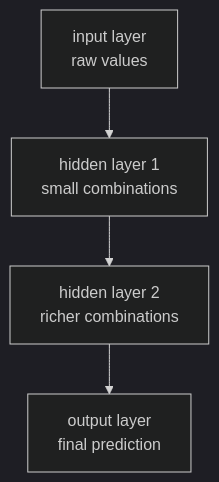
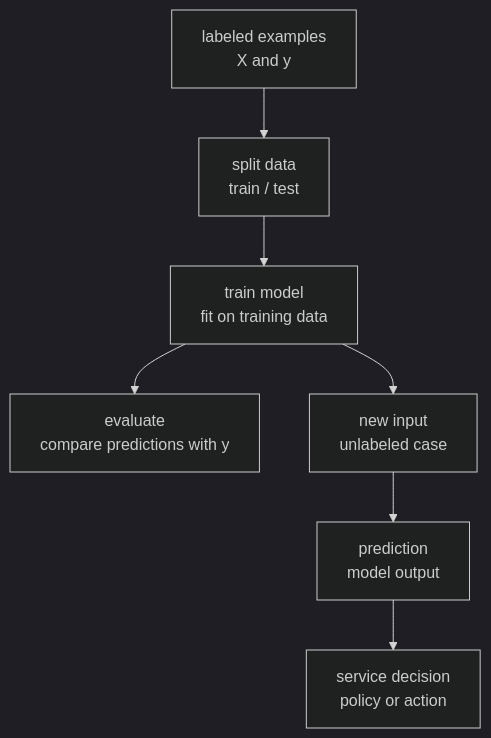
Before and after one commit to devchan64/AiBook: the diagram in docs/parts/part-04/chapter-02/section-01.md, drawn with Mermaid (dark theme). The commit also changed other lines of this file and 213 other files, not shown here.

````diff
--- a/docs/parts/part-04/chapter-02/section-01.md
+++ b/docs/parts/part-04/chapter-02/section-01.md
@@ -65,11 +71,17 @@
 ```mermaid
 flowchart TD
-  A["input layer<br/>raw values"]
-  B["hidden layer 1<br/>small combinations"]
-  C["hidden layer 2<br/>richer combinations"]
-  D["output layer<br/>final prediction"]
+  A["labeled examples<br/>X and y"]
+  B["split data<br/>train / test"]
+  C["train model<br/>fit on training data"]
+  D["evaluate<br/>compare predictions with y"]
+  E["new input<br/>unlabeled case"]
+  F["prediction<br/>model output"]
+  G["service decision<br/>policy or action"]
 
   A --> B
   B --> C
   C --> D
+  C --> E
+  E --> F
+  F --> G
 ```
````
